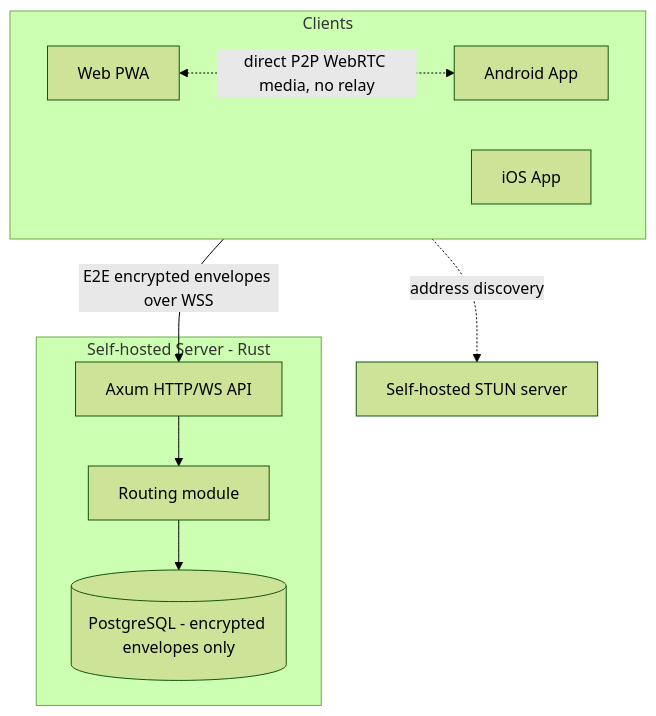
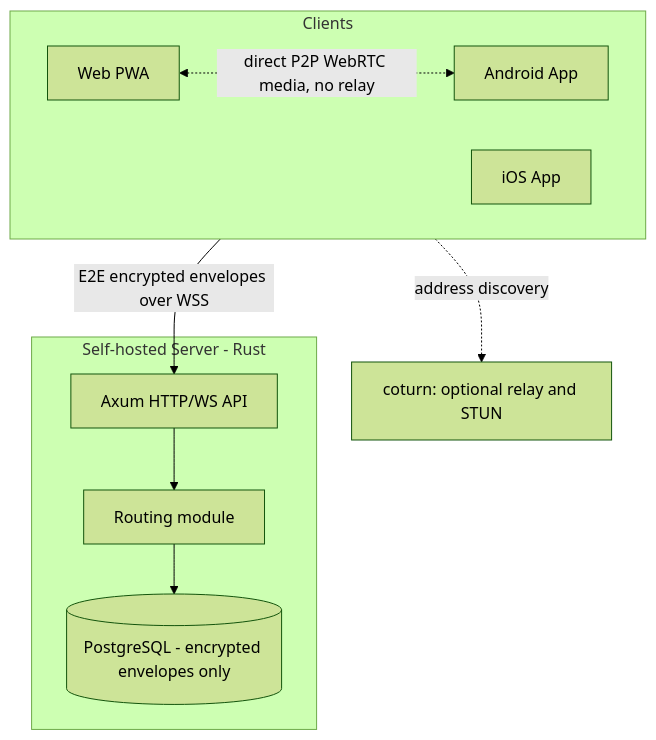
The diagram in aidd_docs/memory/architecture.md (Thibault-Savenkoff/UmbraChat), drawn with Mermaid (forest theme) before and after one commit. The commit also changed other lines of this file and 119 other files, not shown here.

````diff
--- a/aidd_docs/memory/architecture.md
+++ b/aidd_docs/memory/architecture.md
@@ -14,21 +14,21 @@
 ```mermaid
 graph TB
     subgraph Clients
         Web[Web PWA]
         iOS[iOS App]
         Android[Android App]
     end
 
     subgraph Server[Self-hosted Server - Rust]
         API[Axum HTTP/WS API]
         Routing[Routing module]
         DB[(PostgreSQL - encrypted envelopes only)]
     end
 
-    STUN[Self-hosted STUN server]
+    STUN[coturn: optional relay and STUN]
 
     Clients -->|E2E encrypted envelopes over WSS| API
     API --> Routing --> DB
     Clients -.->|address discovery| STUN
     Web <-.->|direct P2P WebRTC media, no relay| Android
 ```
````
